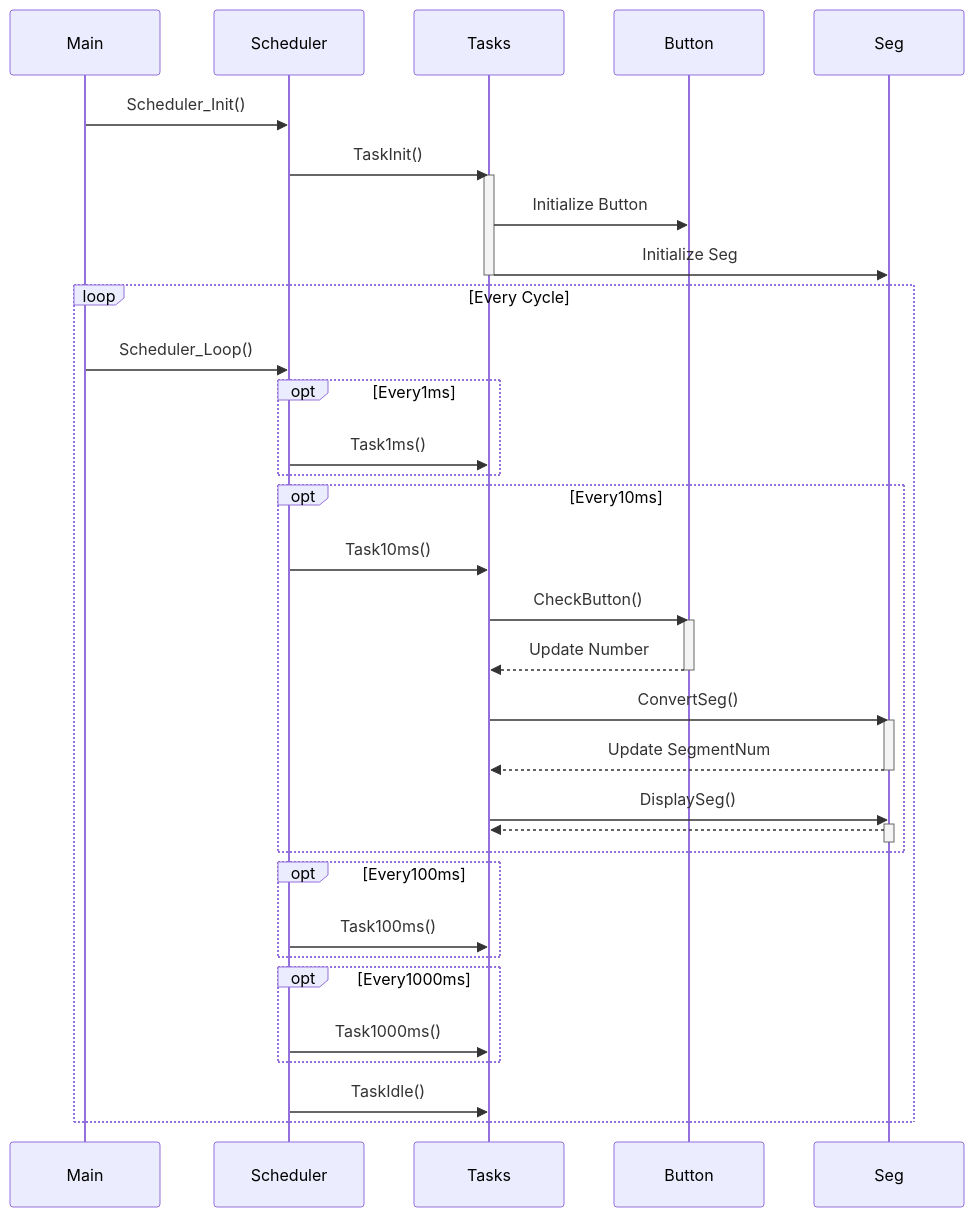
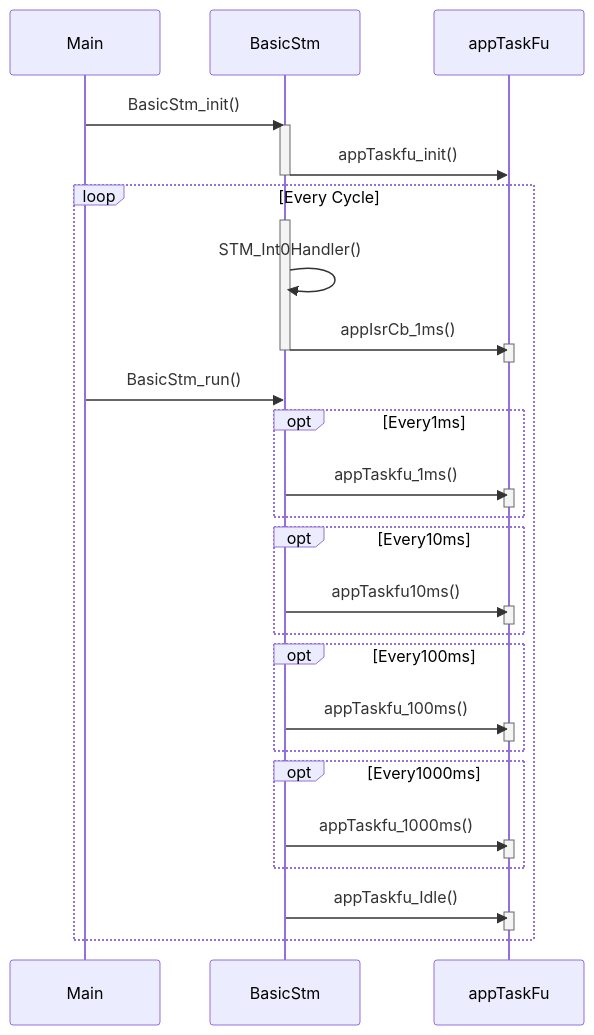
The third of 4 diagrams in docs/MultipleInfiniteLoops.md (realsosy/InfineonRacer), drawn with Mermaid before and after one commit. The commit also changed other lines of this file, not shown here.

````diff
--- a/docs/MultipleInfiniteLoops.md
+++ b/docs/MultipleInfiniteLoops.md
@@ -159,37 +135,39 @@
 ```mermaid
 sequenceDiagram
-	Main ->> Scheduler: Scheduler_Init()
-	Scheduler ->> Tasks: TaskInit()
-	activate Tasks
-	Tasks ->> Button: Initialize Button
-	Tasks ->> Seg: Initialize Seg
-	deactivate Tasks
+	Main ->> BasicStm: BasicStm_init()
+	activate BasicStm
+	BasicStm ->> appTaskFu: appTaskfu_init()
+	deactivate BasicStm
 	loop Every Cycle
-		Main ->> Scheduler: Scheduler_Loop()
+		activate BasicStm
+		BasicStm ->> BasicStm: STM_Int0Handler()
+		BasicStm ->> appTaskFu: appIsrCb_1ms()
+            activate appTaskFu
+            deactivate appTaskFu
+		deactivate BasicStm
+		Main ->> BasicStm: BasicStm_run()
         opt Every1ms
-        	Scheduler ->> Tasks: Task1ms()
+        	BasicStm ->> appTaskFu: appTaskfu_1ms()
+            activate appTaskFu
+            deactivate appTaskFu
         end
         opt Every10ms
-        	Scheduler ->> Tasks: Task10ms()
-			Tasks ->> Button: CheckButton()
-            activate Button
-            Button -->> Tasks: Update Number
-            deactivate Button
-            Tasks ->> Seg: ConvertSeg()
-            activate Seg
-            Seg -->> Tasks: Update SegmentNum
-            deactivate Seg
-            Tasks ->> Seg: DisplaySeg()
-            activate Seg
-            Seg -->> Tasks: 
-            deactivate Seg
+        	BasicStm ->> appTaskFu: appTaskfu10ms()
+            activate appTaskFu
+            deactivate appTaskFu
         end
         opt Every100ms
-        	Scheduler ->> Tasks: Task100ms()
+        	BasicStm ->> appTaskFu: appTaskfu_100ms()
+            activate appTaskFu
+            deactivate appTaskFu
         end
         opt Every1000ms
-        	Scheduler ->> Tasks: Task1000ms()
+        	BasicStm ->> appTaskFu: appTaskfu_1000ms()
+            activate appTaskFu
+            deactivate appTaskFu
         end
-       	Scheduler ->> Tasks: TaskIdle()
+       	BasicStm ->> appTaskFu: appTaskfu_Idle()
+            activate appTaskFu
+            deactivate appTaskFu
     end
 ```
````
